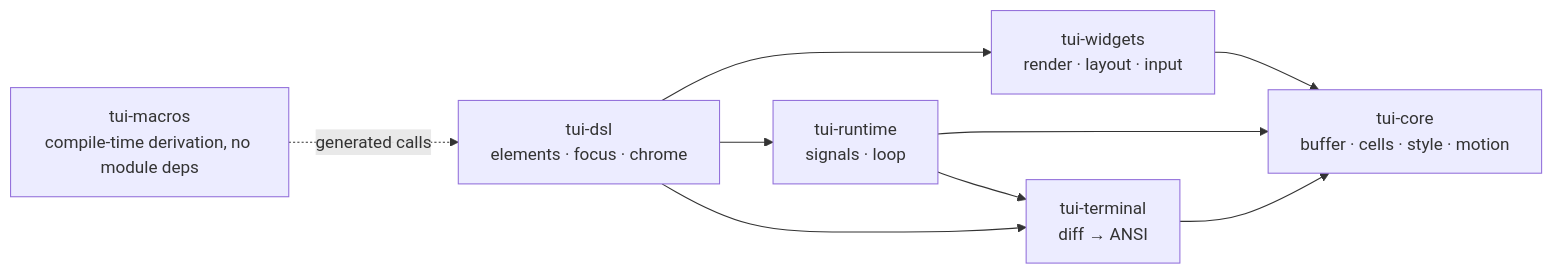
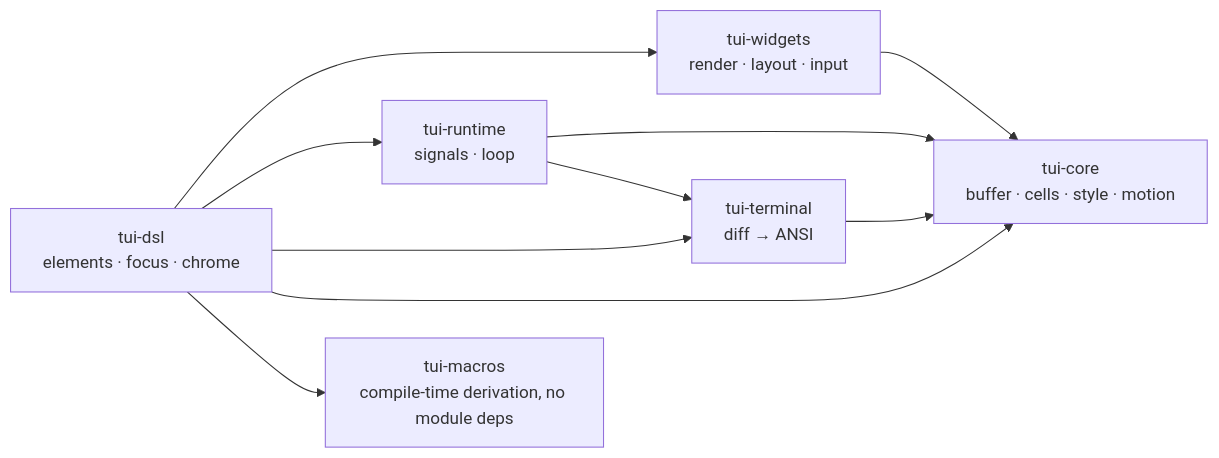
Before and after one commit to oleksandr-balyshyn/glyphora: the diagram in website/docs/architecture.md, drawn with Mermaid. The commit also changed other lines of this file and 129 other files, not shown here.

````diff
--- a/website/docs/architecture.md
+++ b/website/docs/architecture.md
@@ -16,11 +16,12 @@
 ```mermaid
 flowchart LR
   DSL["tui-dsl<br/>elements · focus · chrome"] --> Widgets["tui-widgets<br/>render · layout · input"]
   DSL --> Runtime["tui-runtime<br/>signals · loop"]
   DSL --> Terminal["tui-terminal<br/>diff → ANSI"]
-  Widgets --> Core["tui-core<br/>buffer · cells · style · motion"]
+  DSL --> Core["tui-core<br/>buffer · cells · style · motion"]
+  DSL --> Macros["tui-macros<br/>compile-time derivation, no module deps"]
+  Widgets --> Core
   Runtime --> Core
   Runtime --> Terminal
   Terminal --> Core
-  Macros["tui-macros<br/>compile-time derivation, no module deps"] -. generated calls .-> DSL
 ```
````
